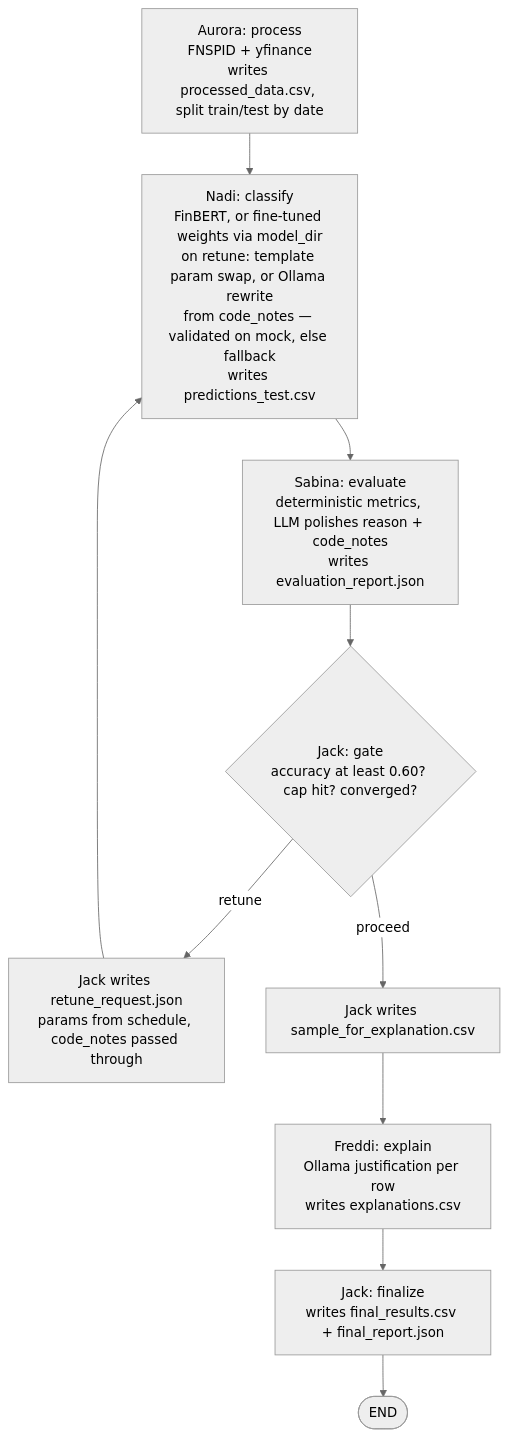
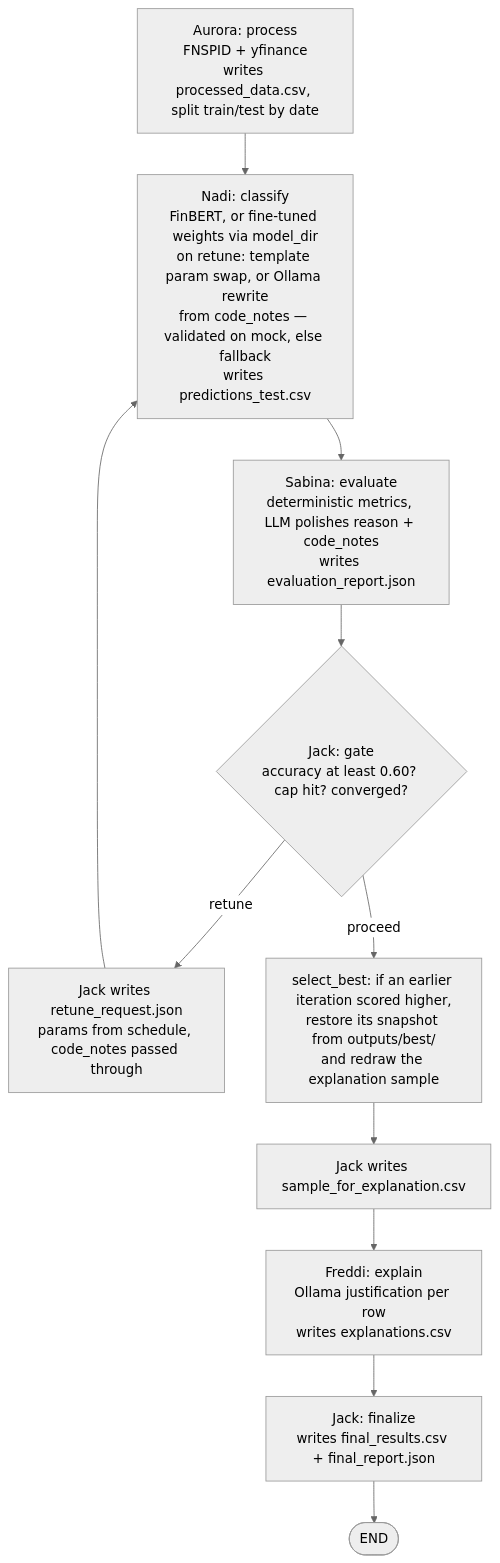
Before and after one commit to njaltran/NLP_lab: the diagram in docs/retune_loop.md, drawn with Mermaid (neutral theme). The commit also changed other lines of this file, not shown here.

Commit message:
docs: add select_best node to retune loop flowchart

````diff
--- a/docs/retune_loop.md
+++ b/docs/retune_loop.md
@@ -26,16 +26,17 @@
 ```mermaid
 flowchart TD
     A["Aurora: process<br/>FNSPID + yfinance<br/>writes processed_data.csv, split train/test by date"] --> N
 
     N["Nadi: classify<br/>FinBERT, or fine-tuned weights via model_dir<br/>on retune: template param swap, or Ollama rewrite<br/>from code_notes — validated on mock, else fallback<br/>writes predictions_test.csv"] --> S
     S["Sabina: evaluate<br/>deterministic metrics, LLM polishes reason + code_notes<br/>writes evaluation_report.json"] --> G
 
     G{"Jack: gate<br/>accuracy at least 0.60? cap hit? converged?"}
     G -->|retune| R
     R["Jack writes retune_request.json<br/>params from schedule, code_notes passed through"] --> N
 
-    G -->|proceed| P
+    G -->|proceed| B
+    B["select_best: if an earlier iteration scored higher,<br/>restore its snapshot from outputs/best/<br/>and redraw the explanation sample"] --> P
     P["Jack writes sample_for_explanation.csv"] --> F
     F["Freddi: explain<br/>Ollama justification per row<br/>writes explanations.csv"] --> Z
     Z["Jack: finalize<br/>writes final_results.csv + final_report.json"] --> E([END])
 ```
````
